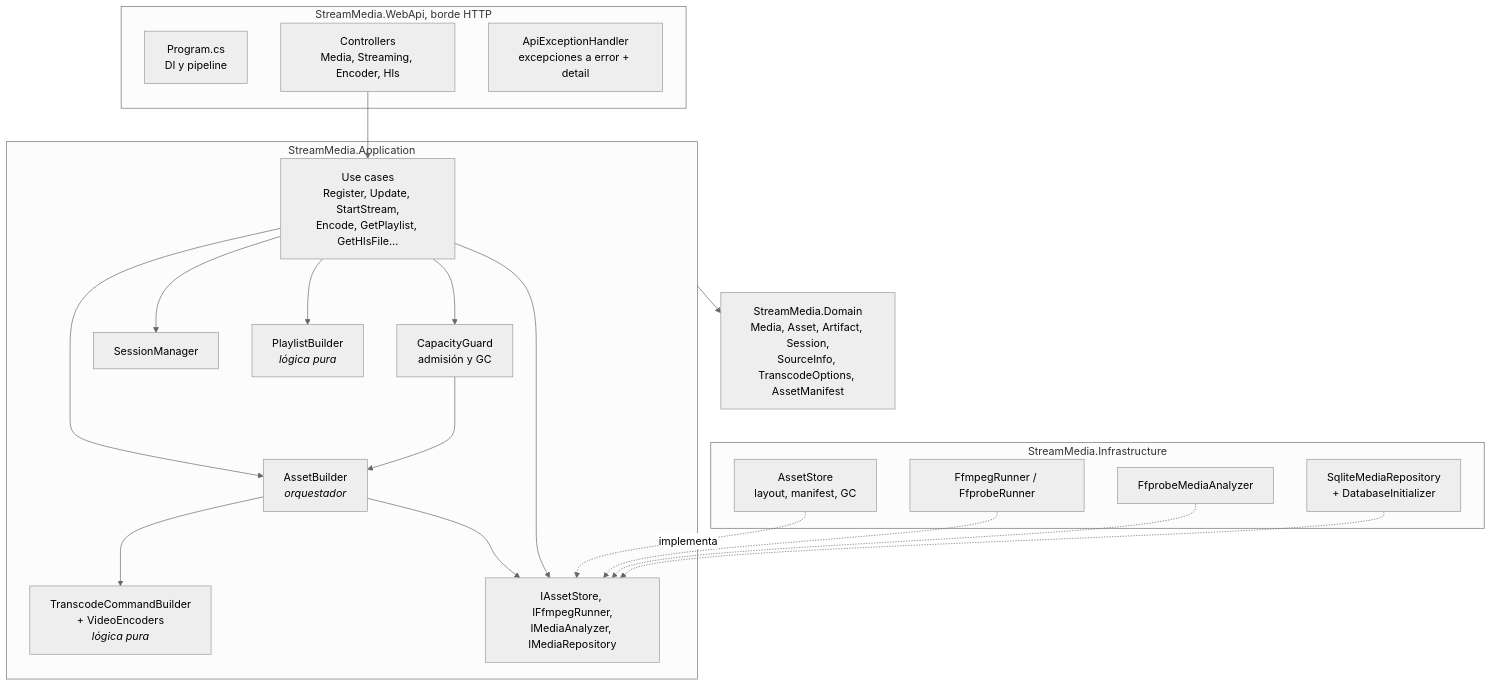
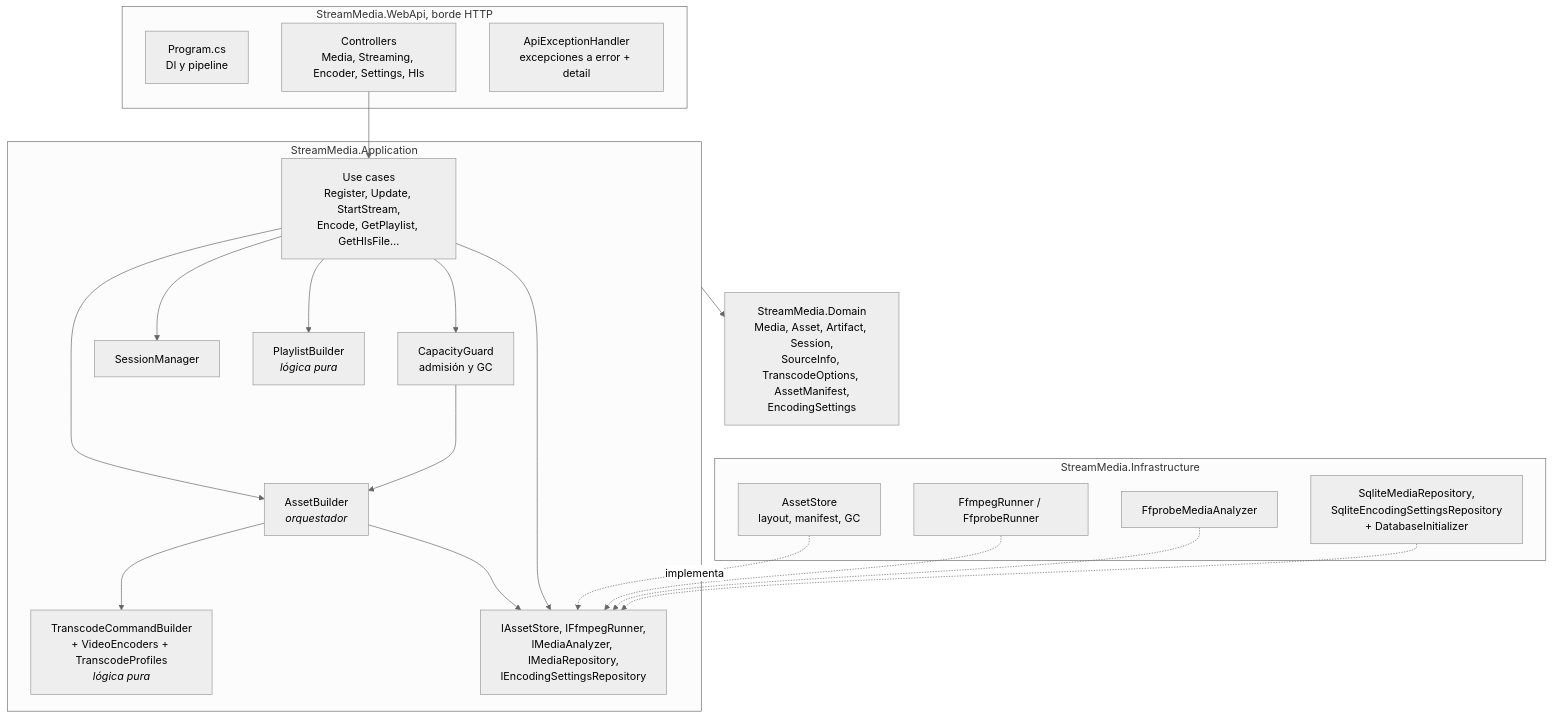
One commit to Juan045/home-stream-app changed the third of 15 diagrams in system_arquitecture.md. Above: the diagram before and after it, drawn with Mermaid (neutral theme). The commit also changed other lines of this file and 44 other files, not shown here.

````diff
--- a/system_arquitecture.md
+++ b/system_arquitecture.md
@@ -123,42 +123,42 @@
 ```mermaid
 flowchart TB
     subgraph web["StreamMedia.WebApi, borde HTTP"]
         PROG["Program.cs<br/>DI y pipeline"]
-        CTRL["Controllers<br/>Media, Streaming, Encoder, Hls"]
+        CTRL["Controllers<br/>Media, Streaming, Encoder, Settings, Hls"]
         ERR["ApiExceptionHandler<br/>excepciones a error + detail"]
     end
 
     subgraph app["StreamMedia.Application"]
         UC["Use cases<br/>Register, Update, StartStream,<br/>Encode, GetPlaylist, GetHlsFile…"]
         BUILDER["AssetBuilder<br/><i>orquestador</i>"]
         GUARD["CapacityGuard<br/>admisión y GC"]
         SESS["SessionManager"]
         PLAY["PlaylistBuilder<br/><i>lógica pura</i>"]
-        CMD["TranscodeCommandBuilder<br/>+ VideoEncoders<br/><i>lógica pura</i>"]
-        IFACES["IAssetStore, IFfmpegRunner,<br/>IMediaAnalyzer, IMediaRepository"]
+        CMD["TranscodeCommandBuilder<br/>+ VideoEncoders + TranscodeProfiles<br/><i>lógica pura</i>"]
+        IFACES["IAssetStore, IFfmpegRunner,<br/>IMediaAnalyzer, IMediaRepository,<br/>IEncodingSettingsRepository"]
     end
 
     subgraph inf["StreamMedia.Infrastructure"]
         STORE["AssetStore<br/>layout, manifest, GC"]
         RUN["FfmpegRunner / FfprobeRunner"]
         ANALYZ["FfprobeMediaAnalyzer"]
-        REPO["SqliteMediaRepository<br/>+ DatabaseInitializer"]
+        REPO["SqliteMediaRepository,<br/>SqliteEncodingSettingsRepository<br/>+ DatabaseInitializer"]
     end
 
-    DOM["StreamMedia.Domain<br/>Media, Asset, Artifact, Session,<br/>SourceInfo, TranscodeOptions, AssetManifest"]
+    DOM["StreamMedia.Domain<br/>Media, Asset, Artifact, Session,<br/>SourceInfo, TranscodeOptions, AssetManifest,<br/>EncodingSettings"]
 
     CTRL --> UC
     UC --> BUILDER
     UC --> GUARD
     UC --> SESS
     UC --> PLAY
     GUARD --> BUILDER
     BUILDER --> CMD
     BUILDER --> IFACES
     UC --> IFACES
     STORE -.->|"implementa"| IFACES
     RUN -.-> IFACES
     ANALYZ -.-> IFACES
     REPO -.-> IFACES
     app --> DOM
 ```
````
